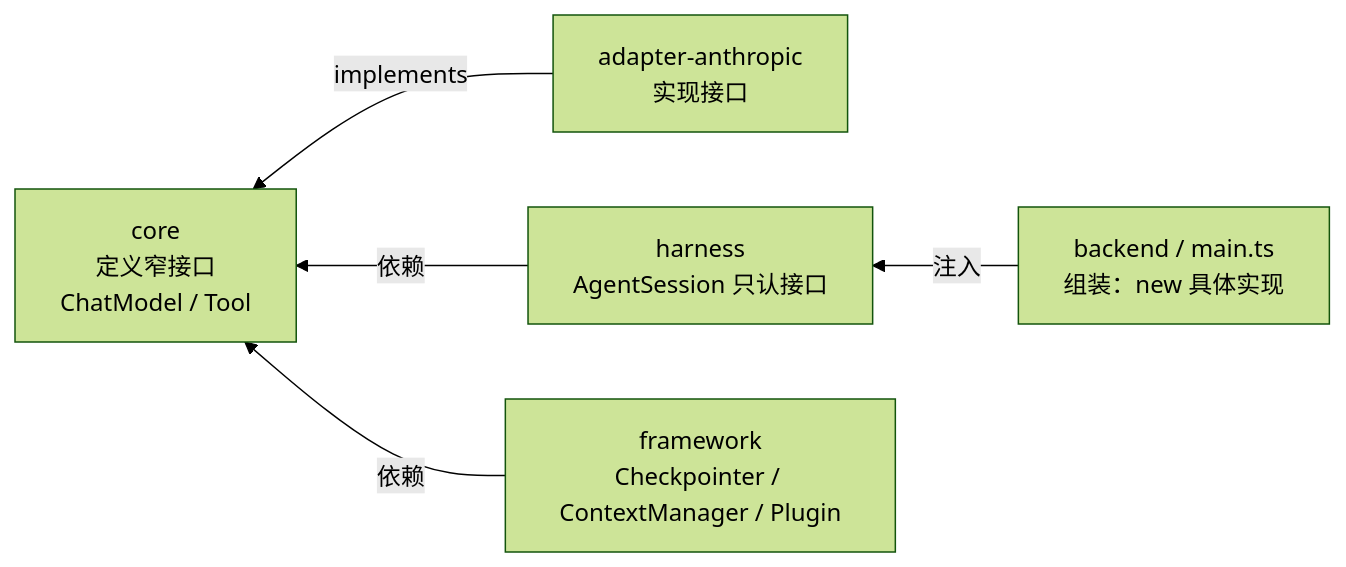
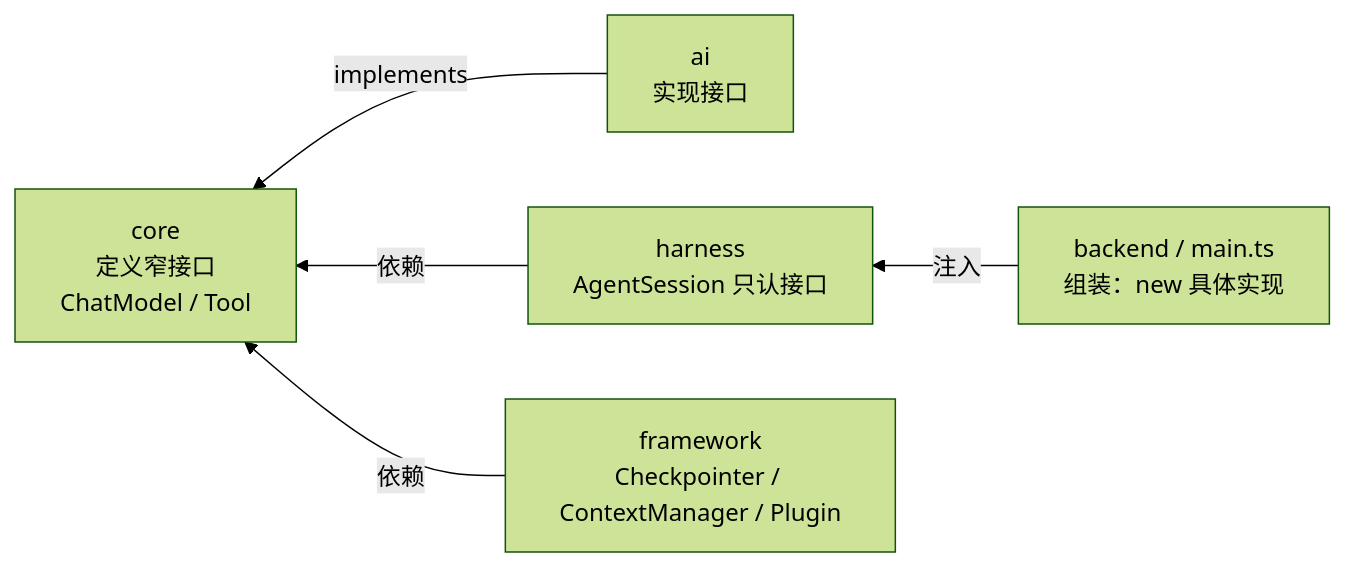
The diagram in docs/architecture/foundations/dependency-injection.md (Chengchcc/my-agent-team), drawn with Mermaid (forest theme) before and after one commit. The commit also changed other lines of this file and 4 other files, not shown here.

First line of the commit message:
docs(repo): replace adapter-anthropic references with ai package

````diff
--- a/docs/architecture/foundations/dependency-injection.md
+++ b/docs/architecture/foundations/dependency-injection.md
@@ -36,7 +36,7 @@
 ```mermaid
 flowchart RL
   Backend["backend / main.ts<br/>组装：new 具体实现"] -->|注入| Harness["harness<br/>AgentSession 只认接口"]
-  Adapter["adapter-anthropic<br/>实现接口"] -->|implements| Core
+  Adapter["ai<br/>实现接口"] -->|implements| Core
   Harness -->|依赖| Core["core<br/>定义窄接口<br/>ChatModel / Tool"]
   Framework["framework<br/>Checkpointer / ContextManager / Plugin"] -->|依赖| Core
 ```
````
